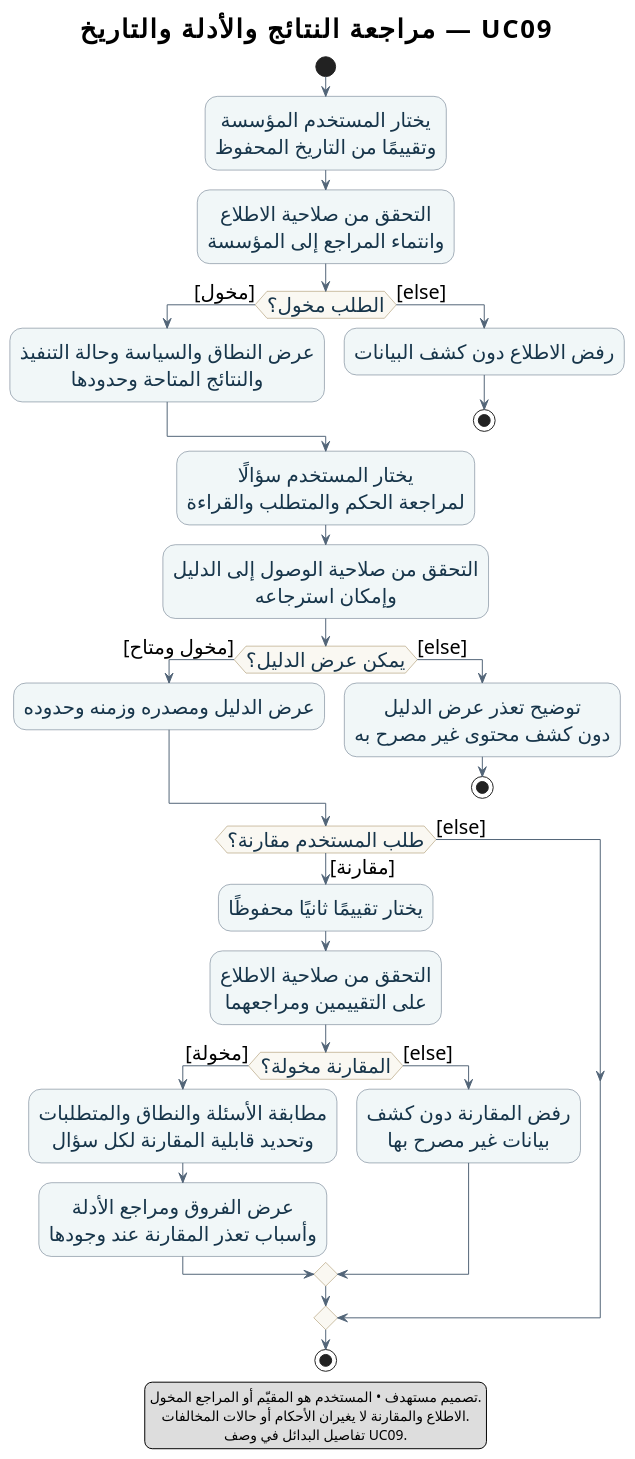
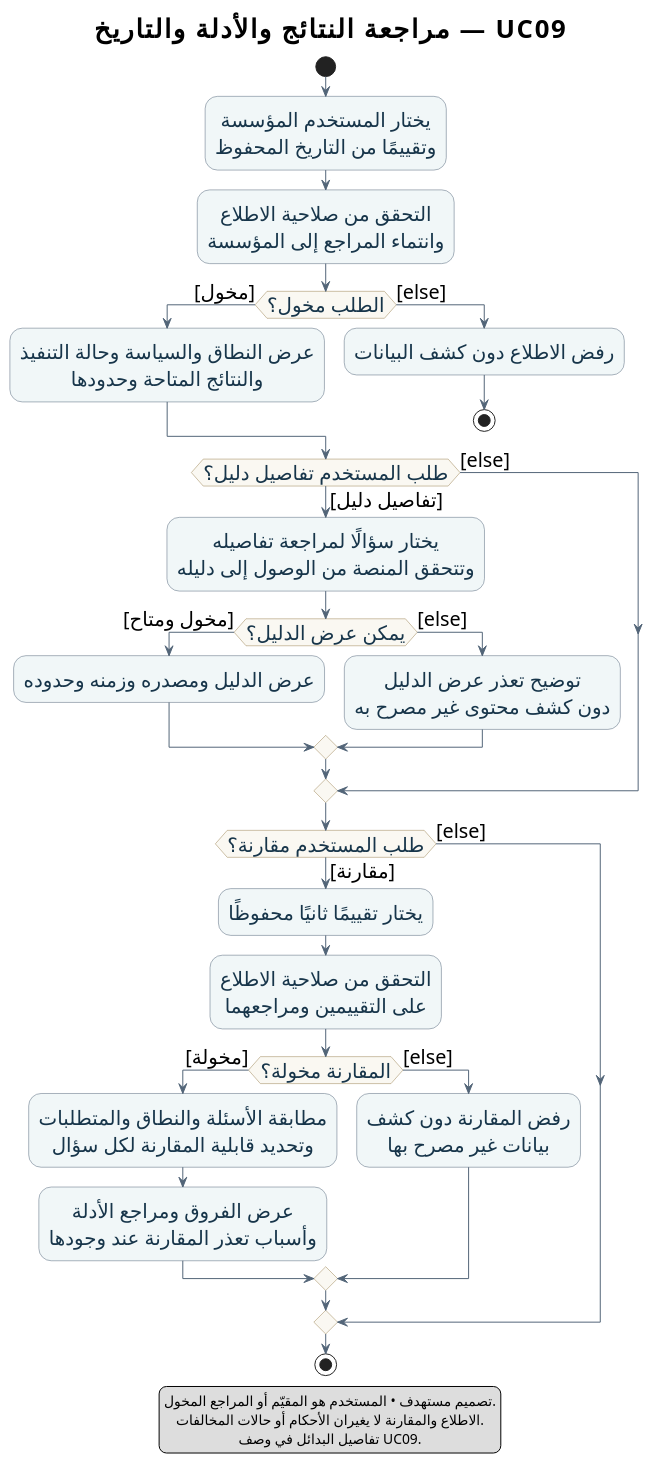
Before and after one commit to omar-Al-Assaf/github-security-assessment: the diagram in docs/diagrams/activity/11-review-results-activity.puml, drawn with PlantUML. The commit also changed 4 other files, not shown here.

Commit message:
Clarify evidence review flow and consolidate design status

```diff
--- a/docs/diagrams/activity/11-review-results-activity.puml
+++ b/docs/diagrams/activity/11-review-results-activity.puml
@@ -1,55 +1,56 @@
 @startuml 11-review-results-activity
 title مراجعة النتائج والأدلة والتاريخ — UC09
 
 skinparam defaultFontName Dubai
 skinparam defaultFontSize 20
 skinparam titleFontSize 26
 skinparam defaultTextAlignment center
 skinparam shadowing false
 skinparam ArrowColor #526578
 skinparam activity {
   BackgroundColor #F1F7F8
   BorderColor #526578
   FontColor #17354A
   DiamondBackgroundColor #FAF8F2
   DiamondBorderColor #9A8051
 }
 
 start
 :يختار المستخدم المؤسسة\nوتقييمًا من التاريخ المحفوظ;
 :التحقق من صلاحية الاطلاع\nوانتماء المراجع إلى المؤسسة;
 if (الطلب مخول؟) then ([مخول])
   :عرض النطاق والسياسة وحالة التنفيذ\nوالنتائج المتاحة وحدودها;
 else ([else])
   :رفض الاطلاع دون كشف البيانات;
   stop
 endif
 
-:يختار المستخدم سؤالًا\nلمراجعة الحكم والمتطلب والقراءة;
-:التحقق من صلاحية الوصول إلى الدليل\nوإمكان استرجاعه;
-if (يمكن عرض الدليل؟) then ([مخول ومتاح])
-  :عرض الدليل ومصدره وزمنه وحدوده;
+if (طلب المستخدم تفاصيل دليل؟) then ([تفاصيل دليل])
+  :يختار سؤالًا لمراجعة تفاصيله\nوتتحقق المنصة من الوصول إلى دليله;
+  if (يمكن عرض الدليل؟) then ([مخول ومتاح])
+    :عرض الدليل ومصدره وزمنه وحدوده;
+  else ([else])
+    :توضيح تعذر عرض الدليل\nدون كشف محتوى غير مصرح به;
+  endif
 else ([else])
-  :توضيح تعذر عرض الدليل\nدون كشف محتوى غير مصرح به;
-  stop
 endif
 
 if (طلب المستخدم مقارنة؟) then ([مقارنة])
   :يختار تقييمًا ثانيًا محفوظًا;
   :التحقق من صلاحية الاطلاع\nعلى التقييمين ومراجعهما;
   if (المقارنة مخولة؟) then ([مخولة])
     :مطابقة الأسئلة والنطاق والمتطلبات\nوتحديد قابلية المقارنة لكل سؤال;
     :عرض الفروق ومراجع الأدلة\nوأسباب تعذر المقارنة عند وجودها;
   else ([else])
     :رفض المقارنة دون كشف\nبيانات غير مصرح بها;
   endif
 else ([else])
 endif
 stop
 
 legend bottom
   تصميم مستهدف • المستخدم هو المقيّم أو المراجع المخول.
   الاطلاع والمقارنة لا يغيران الأحكام أو حالات المخالفات.
   تفاصيل البدائل في وصف UC09.
 endlegend
 @enduml
```
